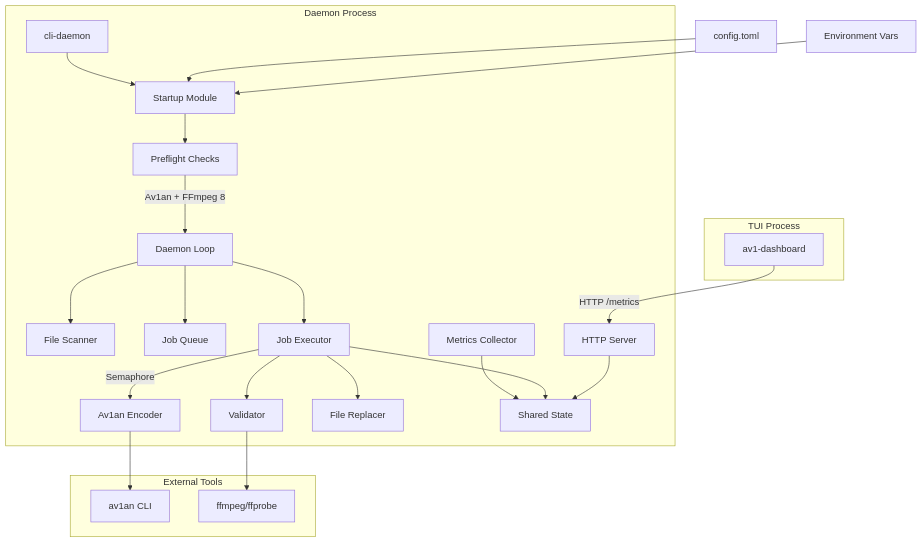
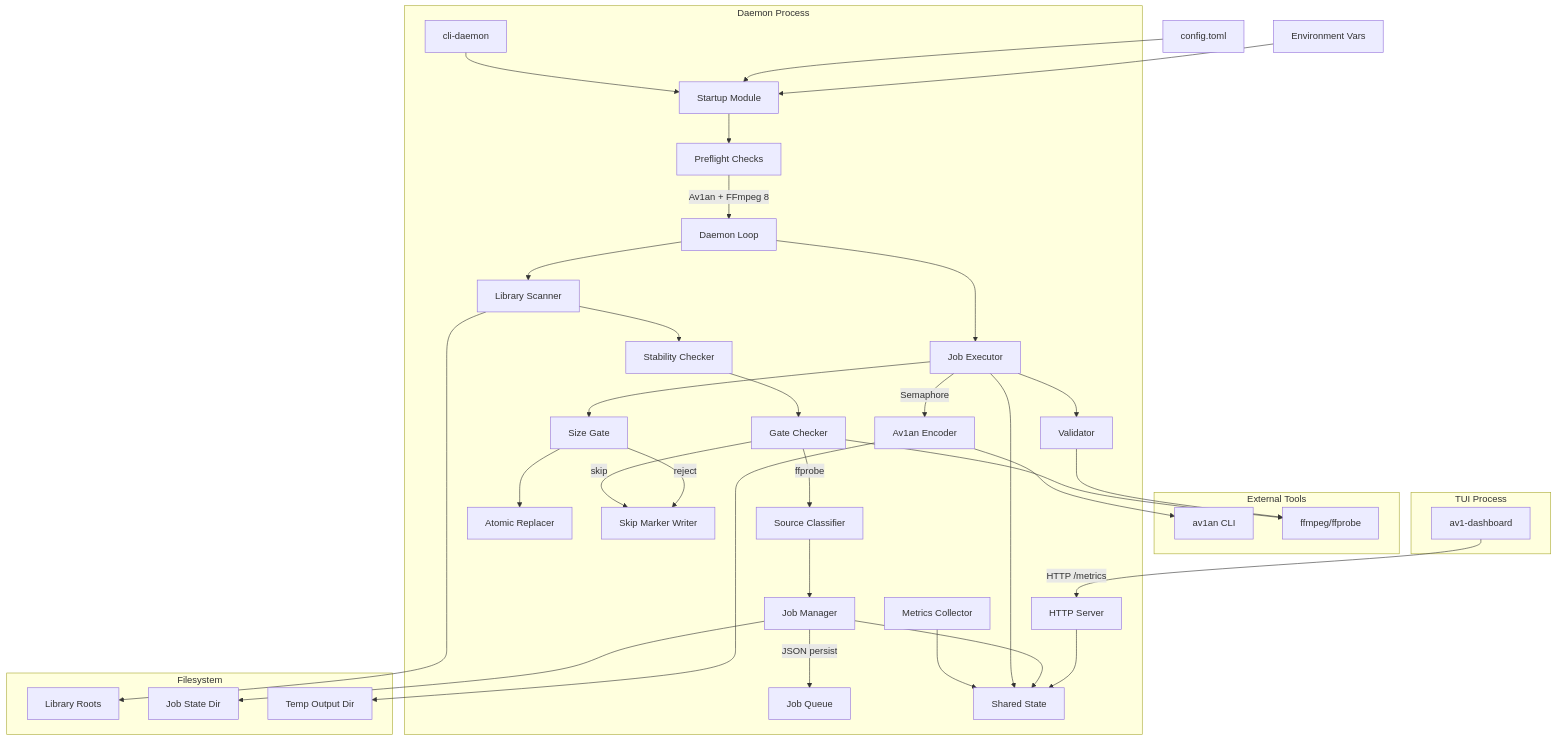
One commit to IONIQ6000/av1-base changed the first of 2 diagrams in .kiro/specs/av1-super-daemon/design.md. Above: the diagram before and after it, drawn with Mermaid. The commit also changed other lines of this file and 12174 other files, not shown here.

````diff
--- a/.kiro/specs/av1-super-daemon/design.md
+++ b/.kiro/specs/av1-super-daemon/design.md
@@ -15,36 +15,57 @@
 ```mermaid
 graph TB
     subgraph "Daemon Process"
         CLI[cli-daemon] --> Startup[Startup Module]
         Startup --> Checks[Preflight Checks]
         Checks --> |Av1an + FFmpeg 8| Loop[Daemon Loop]
         
-        Loop --> Scanner[File Scanner]
-        Loop --> Queue[Job Queue]
+        Loop --> Scanner[Library Scanner]
+        Scanner --> Stability[Stability Checker]
+        Stability --> Gates[Gate Checker]
+        Gates --> |ffprobe| Classify[Source Classifier]
+        Classify --> JobMgr[Job Manager]
+        
+        JobMgr --> |JSON persist| Queue[Job Queue]
         Loop --> Executor[Job Executor]
         
         Executor --> |Semaphore| Encode[Av1an Encoder]
         Executor --> Validate[Validator]
-        Executor --> Replace[File Replacer]
+        Executor --> SizeGate[Size Gate]
+        SizeGate --> Replace[Atomic Replacer]
         
         Metrics[Metrics Collector] --> State[Shared State]
         Executor --> State
+        JobMgr --> State
         
         Server[HTTP Server] --> State
+        
+        SkipMarker[Skip Marker Writer]
+        Gates --> |skip| SkipMarker
+        SizeGate --> |reject| SkipMarker
     end
     
     subgraph "External Tools"
         Av1an[av1an CLI]
         FFmpeg[ffmpeg/ffprobe]
     end
     
     subgraph "TUI Process"
         Dashboard[av1-dashboard] --> |HTTP /metrics| Server
     end
     
+    subgraph "Filesystem"
+        Libraries[Library Roots]
+        JobStateDir[Job State Dir]
+        TempDir[Temp Output Dir]
+    end
+    
+    Scanner --> Libraries
+    JobMgr --> JobStateDir
+    Encode --> TempDir
     Encode --> Av1an
+    Gates --> FFmpeg
     Validate --> FFmpeg
     
     Config[config.toml] --> Startup
     ENV[Environment Vars] --> Startup
 ```
````
